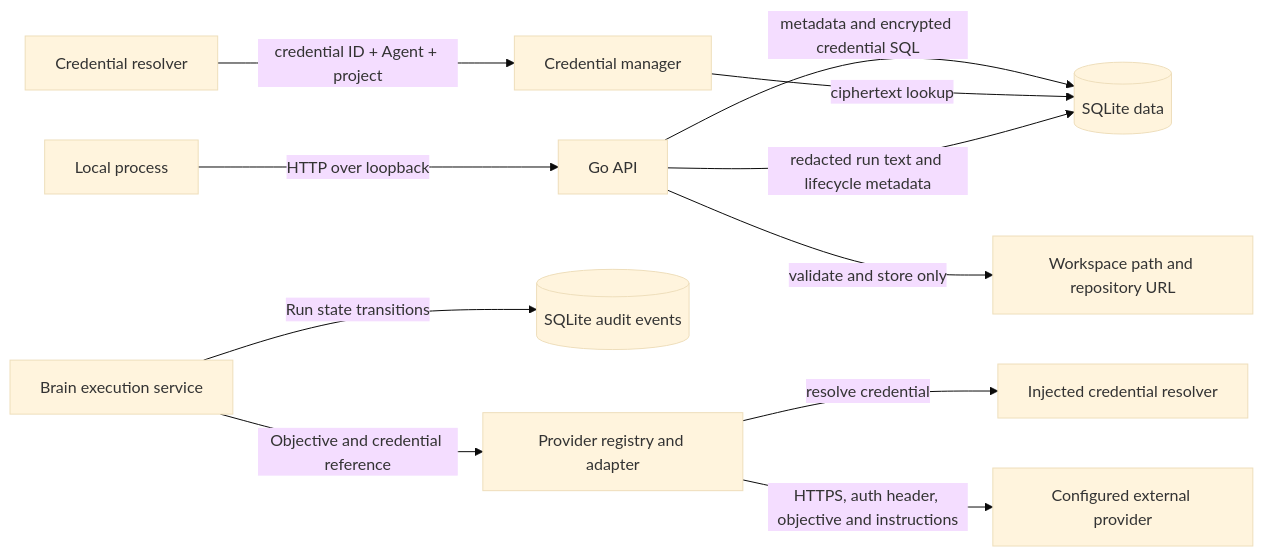
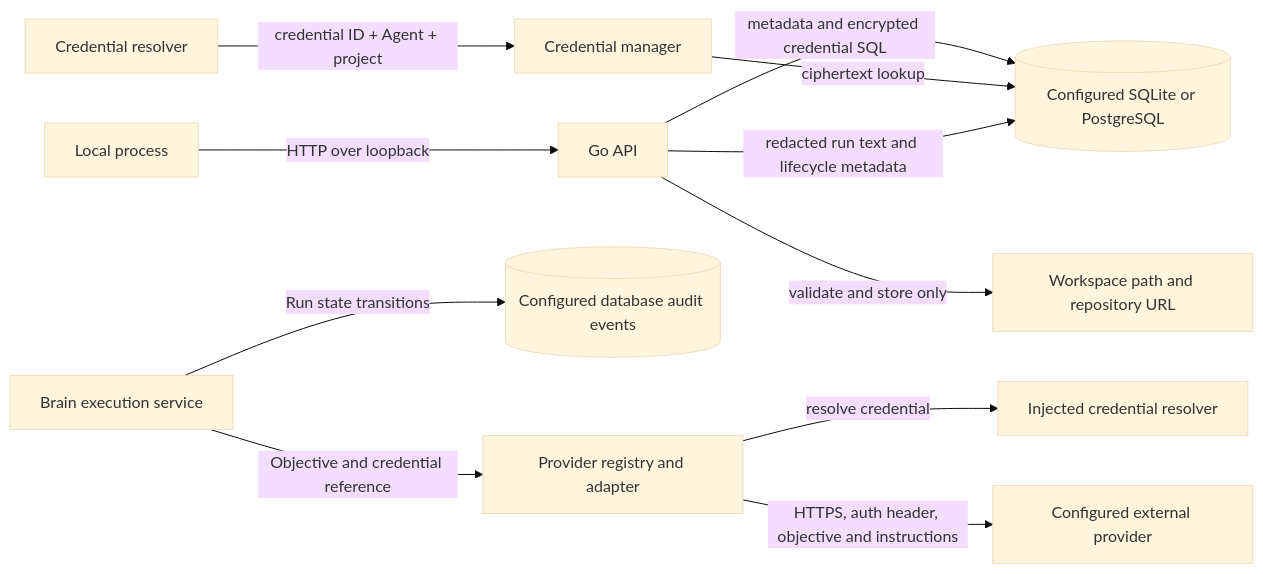
Before and after one commit to Hangell/boAIrd: the diagram in THREAT_MODEL.md, drawn with Mermaid (base theme). The commit also changed other lines of this file and 50 other files, not shown here.

First line of the commit message:
feat(storage): add optional PostgreSQL backend (#87)

````diff
--- a/THREAT_MODEL.md
+++ b/THREAT_MODEL.md
@@ -46,13 +48,13 @@
 ```mermaid
 flowchart LR
   Local[Local process] -->|HTTP over loopback| API[Go API]
-  API -->|metadata and encrypted credential SQL| DB[(SQLite data)]
+  API -->|metadata and encrypted credential SQL| DB[(Configured SQLite or PostgreSQL)]
   Runtime[Credential resolver] -->|credential ID + Agent + project| Vault[Credential manager]
   Vault -->|ciphertext lookup| DB
   API -->|validate and store only| Meta[Workspace path and repository URL]
-  Brain[Brain execution service] -->|Run state transitions| Audit[(SQLite audit events)]
+  Brain[Brain execution service] -->|Run state transitions| Audit[(Configured database audit events)]
   Brain -->|Objective and credential reference| Registry[Provider registry and adapter]
   Registry -->|resolve credential| Resolver[Injected credential resolver]
   Registry -->|HTTPS, auth header, objective and instructions| Vendor[Configured external provider]
   API -->|redacted run text and lifecycle metadata| DB
 ```
````
